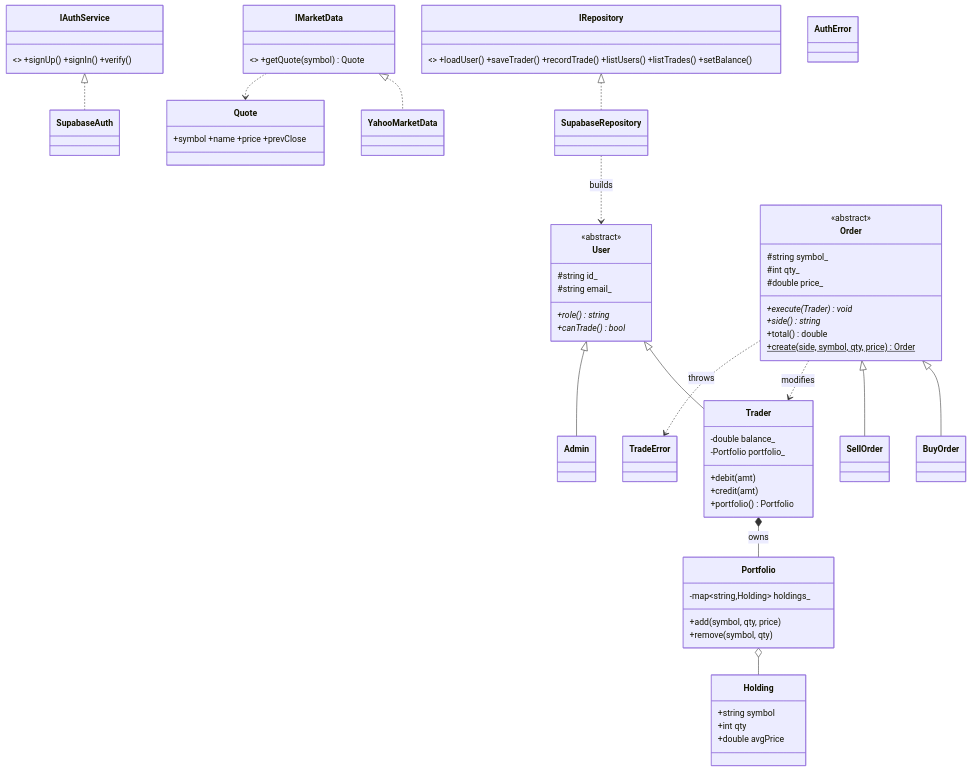
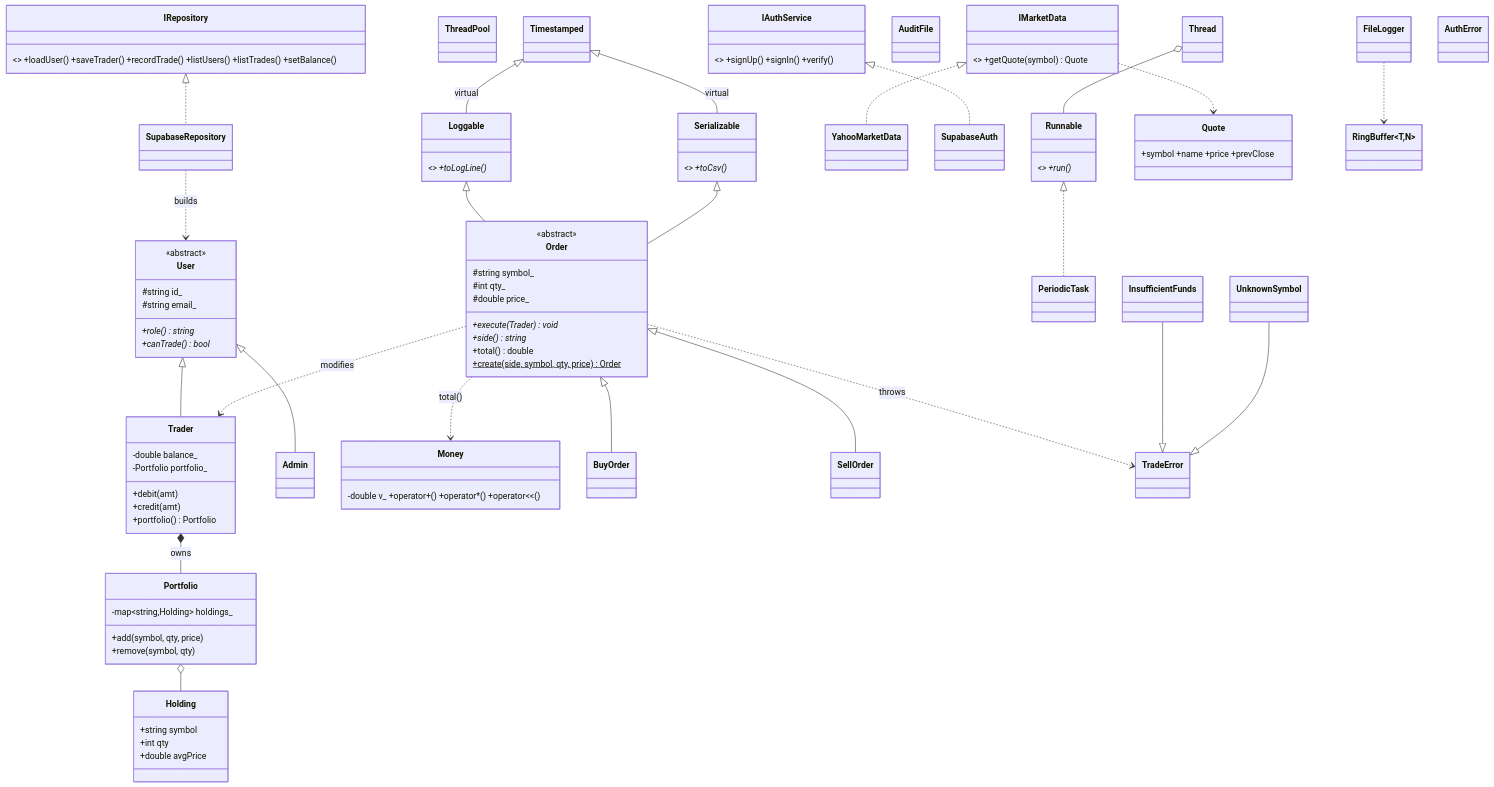
The diagram in docs/class-diagram.mmd (dacron18-dev/stockify-real-), drawn with Mermaid before and after one commit. The commit also changed 11 other files, not shown here.

```diff
--- a/docs/class-diagram.mmd
+++ b/docs/class-diagram.mmd
@@ -1,61 +1,84 @@
 classDiagram
 direction TB
 class User {
   <<abstract>>
   #string id_
   #string email_
   +role() string*
   +canTrade() bool*
 }
 class Trader {
   -double balance_
   -Portfolio portfolio_
   +debit(amt)
   +credit(amt)
   +portfolio() Portfolio
 }
 class Admin
 class Portfolio {
   -map~string,Holding~ holdings_
   +add(symbol, qty, price)
   +remove(symbol, qty)
 }
 class Holding {
   +string symbol
   +int qty
   +double avgPrice
 }
 class Order {
   <<abstract>>
   #string symbol_
   #int qty_
   #double price_
   +execute(Trader)* void
   +side()* string
   +total() double
   +create(side, symbol, qty, price)$ Order
 }
+class Timestamped
+class Loggable { <<abstract>> +toLogLine()* }
+class Serializable { <<abstract>> +toCsv()* }
+class Money { -double v_ +operator+() +operator*() +operator<<() }
+class ThreadPool
+class Runnable { <<interface>> +run()* }
+class Thread
+class PeriodicTask
+class FileLogger
+class AuditFile
 class BuyOrder
 class SellOrder
 class IMarketData { <<interface>> +getQuote(symbol) Quote }
 class IAuthService { <<interface>> +signUp() +signIn() +verify() }
 class IRepository { <<interface>> +loadUser() +saveTrader() +recordTrade() +listUsers() +listTrades() +setBalance() }
 class YahooMarketData
 class SupabaseAuth
 class SupabaseRepository
 class Quote { +symbol +name +price +prevClose }
 class TradeError
+class InsufficientFunds
+class UnknownSymbol
+class RingBuffer~T,N~
 class AuthError
 User <|-- Trader
 User <|-- Admin
 Trader *-- Portfolio : owns
 Portfolio o-- Holding
 Order <|-- BuyOrder
 Order <|-- SellOrder
 Order ..> Trader : modifies
 IMarketData <|.. YahooMarketData
 IAuthService <|.. SupabaseAuth
 IRepository <|.. SupabaseRepository
 IMarketData ..> Quote
 SupabaseRepository ..> User : builds
 Order ..> TradeError : throws
+Timestamped <|-- Loggable : virtual
+Timestamped <|-- Serializable : virtual
+Loggable <|-- Order
+Serializable <|-- Order
+Runnable <|.. PeriodicTask
+Thread o-- Runnable
+Order ..> Money : total()
+FileLogger ..> RingBuffer
+InsufficientFunds --|> TradeError
+UnknownSymbol --|> TradeError
```
